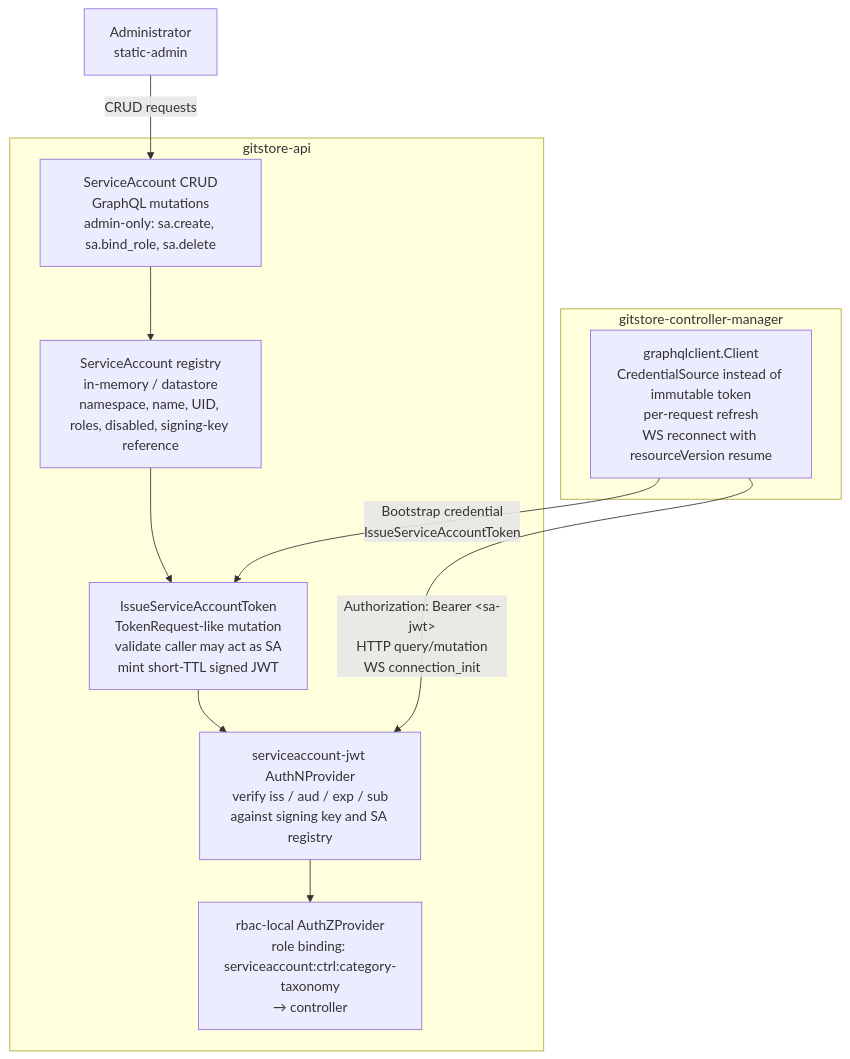
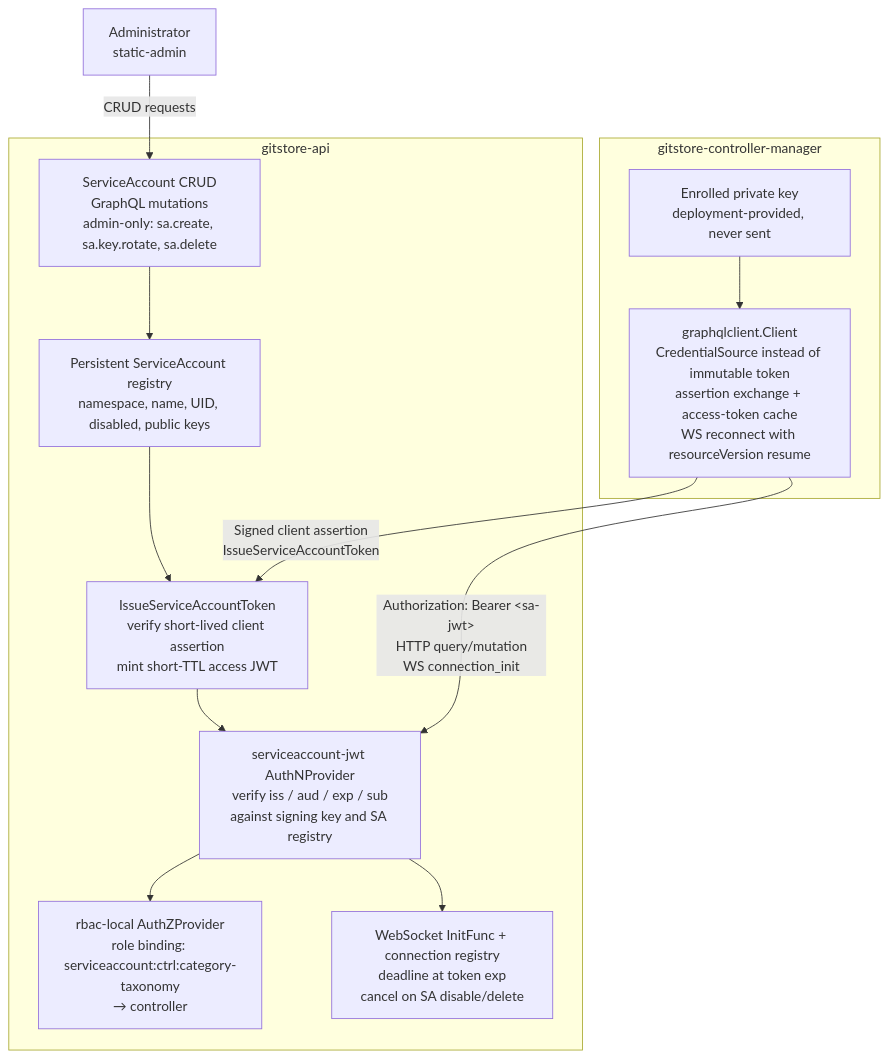
Before and after one commit to gitstore-dev/GitStore: the first of 7 diagrams in docs/implementation/021-controller_service_account_auth.md, drawn with Mermaid. The commit also changed other lines of this file and 6 other files, not shown here.

Commit message:
docs: harden controller service account design

````diff
--- a/docs/implementation/021-controller_service_account_auth.md
+++ b/docs/implementation/021-controller_service_account_auth.md
@@ -100,21 +102,25 @@
 ```mermaid
 flowchart TB
     subgraph API["gitstore-api"]
-        CRUD["ServiceAccount CRUD<br/>GraphQL mutations<br/>admin-only: sa.create, sa.bind_role, sa.delete"]
-        Registry["ServiceAccount registry<br/>in-memory / datastore<br/>namespace, name, UID, roles, disabled, signing-key reference"]
-        Issue["IssueServiceAccountToken<br/>TokenRequest-like mutation<br/>validate caller may act as SA<br/>mint short-TTL signed JWT"]
+        CRUD["ServiceAccount CRUD<br/>GraphQL mutations<br/>admin-only: sa.create, sa.key.rotate, sa.delete"]
+        Registry["Persistent ServiceAccount registry<br/>namespace, name, UID, disabled, public keys"]
+        Issue["IssueServiceAccountToken<br/>verify short-lived client assertion<br/>mint short-TTL access JWT"]
         AuthN["serviceaccount-jwt AuthNProvider<br/>verify iss / aud / exp / sub<br/>against signing key and SA registry"]
         AuthZ["rbac-local AuthZProvider<br/>role binding: serviceaccount:ctrl:category-taxonomy<br/>→ controller"]
+        WS["WebSocket InitFunc + connection registry<br/>deadline at token exp<br/>cancel on SA disable/delete"]
 
         CRUD --> Registry --> Issue --> AuthN --> AuthZ
+        AuthN --> WS
     end
 
     Admin["Administrator<br/>static-admin"] -->|"CRUD requests"| CRUD
 
     subgraph CM["gitstore-controller-manager"]
-        Client["graphqlclient.Client<br/>CredentialSource instead of immutable token<br/>per-request refresh<br/>WS reconnect with resourceVersion resume"]
+        Key["Enrolled private key<br/>deployment-provided, never sent"]
+        Client["graphqlclient.Client<br/>CredentialSource instead of immutable token<br/>assertion exchange + access-token cache<br/>WS reconnect with resourceVersion resume"]
+        Key --> Client
     end
 
-    Client -->|"Bootstrap credential<br/>IssueServiceAccountToken"| Issue
+    Client -->|"Signed client assertion<br/>IssueServiceAccountToken"| Issue
     Client -->|"Authorization: Bearer &lt;sa-jwt&gt;<br/>HTTP query/mutation<br/>WS connection_init"| AuthN
 ```
````
